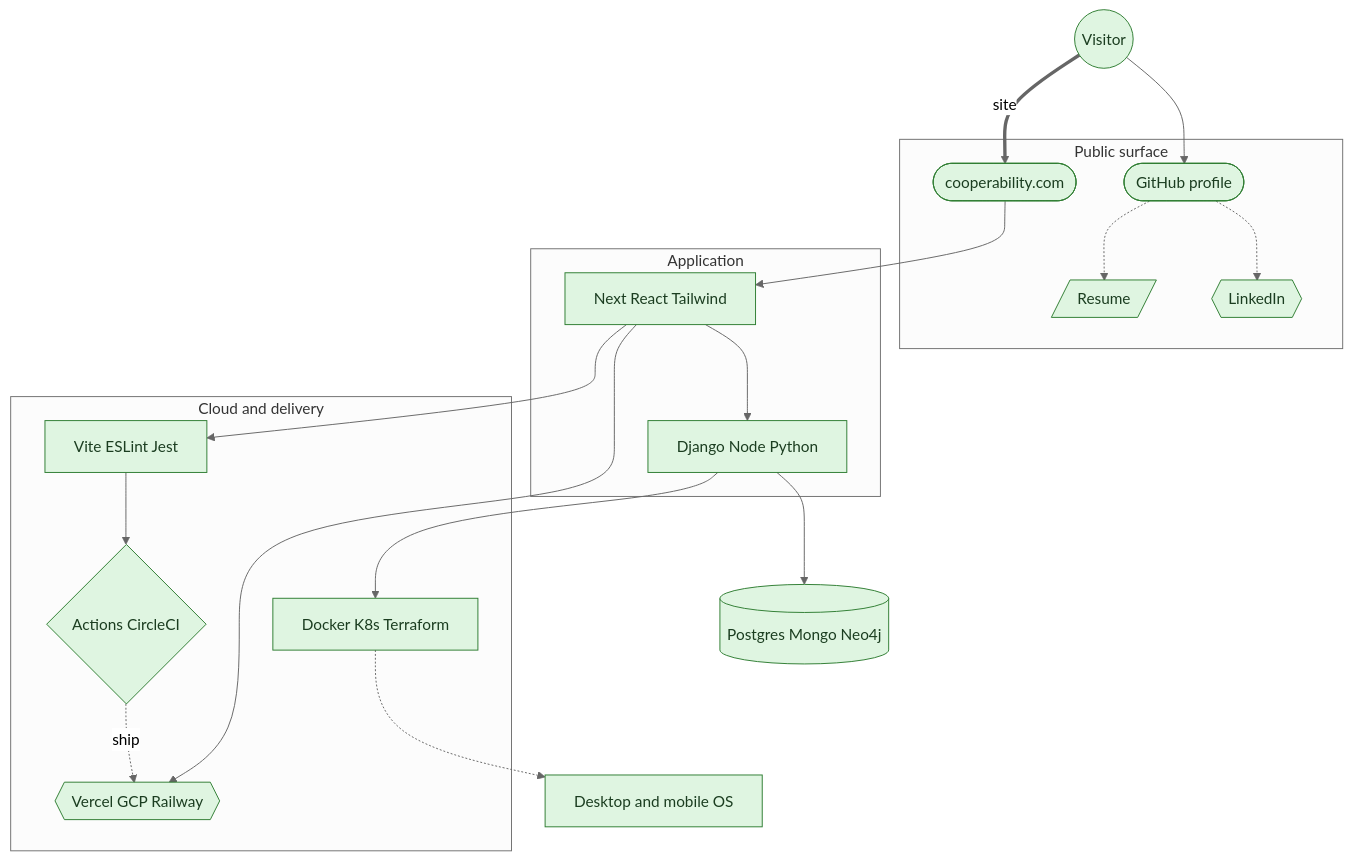
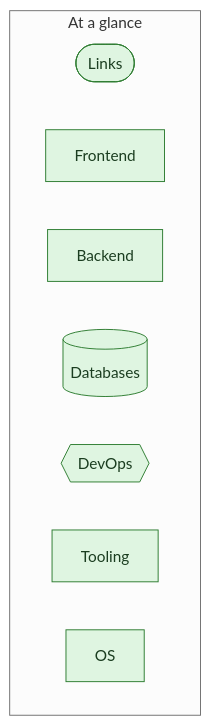
Before and after one commit to cooperability/cooperability: the first of 9 diagrams in README.md, drawn with Mermaid (neutral theme). The commit also changed other lines of this file, not shown here.

First line of the commit message:
docs: recast README mermaid as a skillset map

````diff
--- a/README.md
+++ b/README.md
@@ -3,43 +5,15 @@
 ```mermaid
-flowchart TD
+flowchart LR
   classDef built fill:#dff5e1,stroke:#2e7d32,color:#1b3d20
 
-  visitor((Visitor)):::built
-
-  subgraph public ["Public surface"]
-    site(["cooperability.com"]):::built
-    profile(["GitHub profile"]):::built
-    resume[/"Resume"/]:::built
-    linkedin{{"LinkedIn"}}:::built
+  subgraph skills ["At a glance"]
+    direction LR
+    links(["Links"]):::built
+    fe["Frontend"]:::built
+    be["Backend"]:::built
+    db[("Databases")]:::built
+    ops{{"DevOps"}}:::built
+    tools["Tooling"]:::built
+    os["OS"]:::built
   end
-
-  subgraph app ["Application"]
-    fe["Next React Tailwind"]:::built
-    be["Django Node Python"]:::built
-  end
-
-  data[("Postgres Mongo Neo4j")]:::built
-
-  subgraph platform ["Cloud and delivery"]
-    host{{"Vercel GCP Railway"}}:::built
-    iac["Docker K8s Terraform"]:::built
-    cicd{"Actions CircleCI"}:::built
-    tools["Vite ESLint Jest"]:::built
-  end
-
-  os["Desktop and mobile OS"]:::built
-
-  visitor ==>|site| site
-  visitor --> profile
-  profile -.-> resume
-  profile -.-> linkedin
-  site --> fe
-  fe --> be
-  be --> data
-  fe --> host
-  be --> iac
-  fe --> tools
-  tools --> cicd
-  cicd -.->|ship| host
-  iac -.-> os
 ```
````
